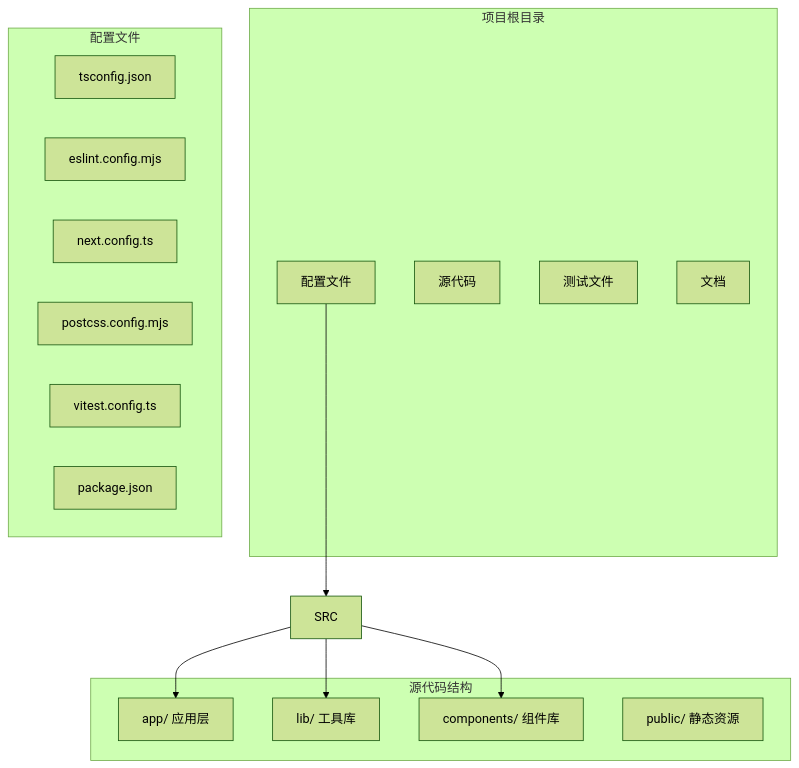
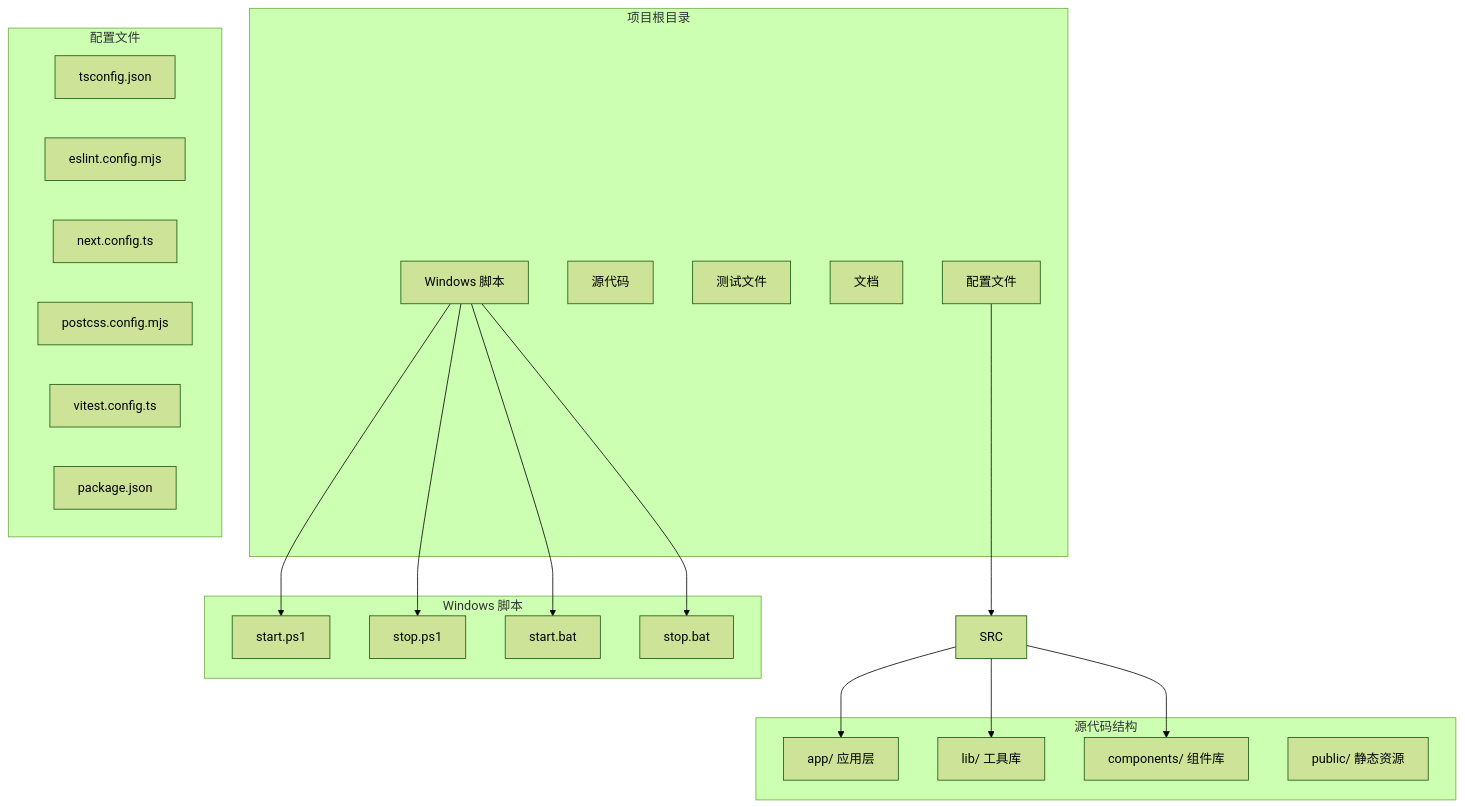
Before and after one commit to billye220670/BananaFlow2: the first of 9 diagrams in .qoder/repowiki/zh/content/开发工具配置.md, drawn with Mermaid (forest theme). The commit also changed other lines of this file and 29 other files, not shown here.

````diff
--- a/.qoder/repowiki/zh/content/开发工具配置.md
+++ b/.qoder/repowiki/zh/content/开发工具配置.md
@@ -40,27 +52,38 @@
 ```mermaid
 graph TB
 subgraph "项目根目录"
 Config[配置文件]
 Src[源代码]
 Tests[测试文件]
 Docs[文档]
+Scripts[Windows 脚本]
 end
 subgraph "配置文件"
 TS[tsconfig.json]
 ESL[eslint.config.mjs]
 NEXT[next.config.ts]
 PCSS[postcss.config.mjs]
 VIT[vitest.config.ts]
 PKG[package.json]
 end
 subgraph "源代码结构"
 APP[app/ 应用层]
 LIB[lib/ 工具库]
 COMP[components/ 组件库]
 PUBLIC[public/ 静态资源]
 end
+subgraph "Windows 脚本"
+STARTPS[start.ps1]
+STOPPS[stop.ps1]
+STARTBAT[start.bat]
+STOPBAT[stop.bat]
+end
 Config --> SRC
 SRC --> APP
 SRC --> LIB
 SRC --> COMP
+Scripts --> STARTPS
+Scripts --> STOPPS
+Scripts --> STARTBAT
+Scripts --> STOPBAT
 ```
````
